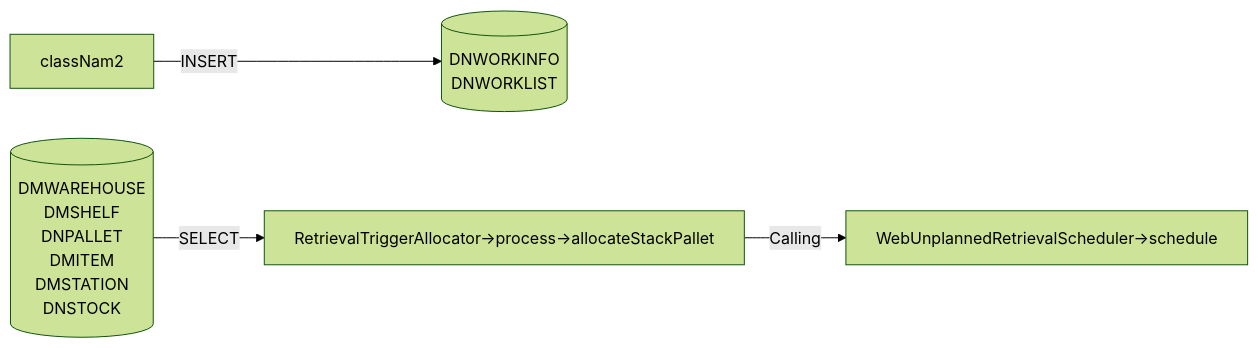
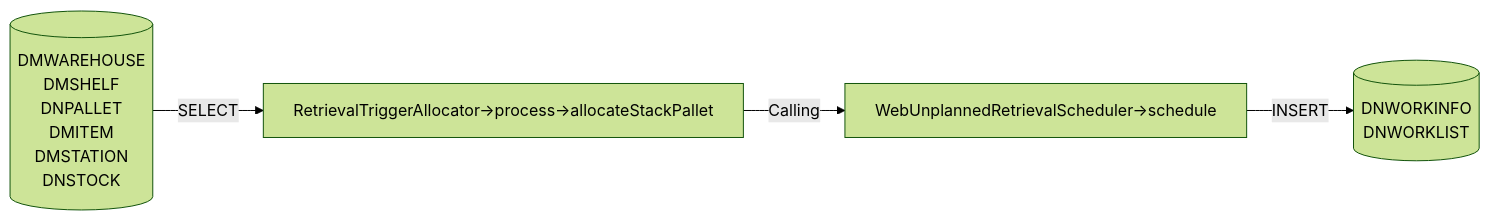
One commit to luthfiadityaa/SimeDarby-Wiki changed the ninth of 15 diagrams in Basic-Design/DFD-WMS/Retrieval/Stacked-Empty-Pallet.md. Above: the diagram before and after it, drawn with Mermaid (forest theme). The commit also changed other lines of this file, not shown here.

Commit message:
Updated Stacked Empty Pallet

```diff
--- a/Basic-Design/DFD-WMS/Retrieval/Stacked-Empty-Pallet.md
+++ b/Basic-Design/DFD-WMS/Retrieval/Stacked-Empty-Pallet.md
@@ -235,25 +235,25 @@
 ::: mermaid
 flowchart LR    
 
     tableList-insert[("
         DNWORKINFO
         DNWORKLIST
     ")]
 
      tableList-select[("
         DMWAREHOUSE
         DMSHELF
         DNPALLET
         DMITEM
         DMSTATION
         DNSTOCK
     ")]
 
     className[RetrievalTriggerAllocator→process→allocateStackPallet]
     className2[WebUnplannedRetrievalScheduler→schedule]
     className--> |Calling| className2
-    classNam2 --> |INSERT| tableList-insert
+    className2 --> |INSERT| tableList-insert
     tableList-select --> |SELECT| className
     classDef leftAlign text-align:left;
     class input leftAlign;
 :::
```
